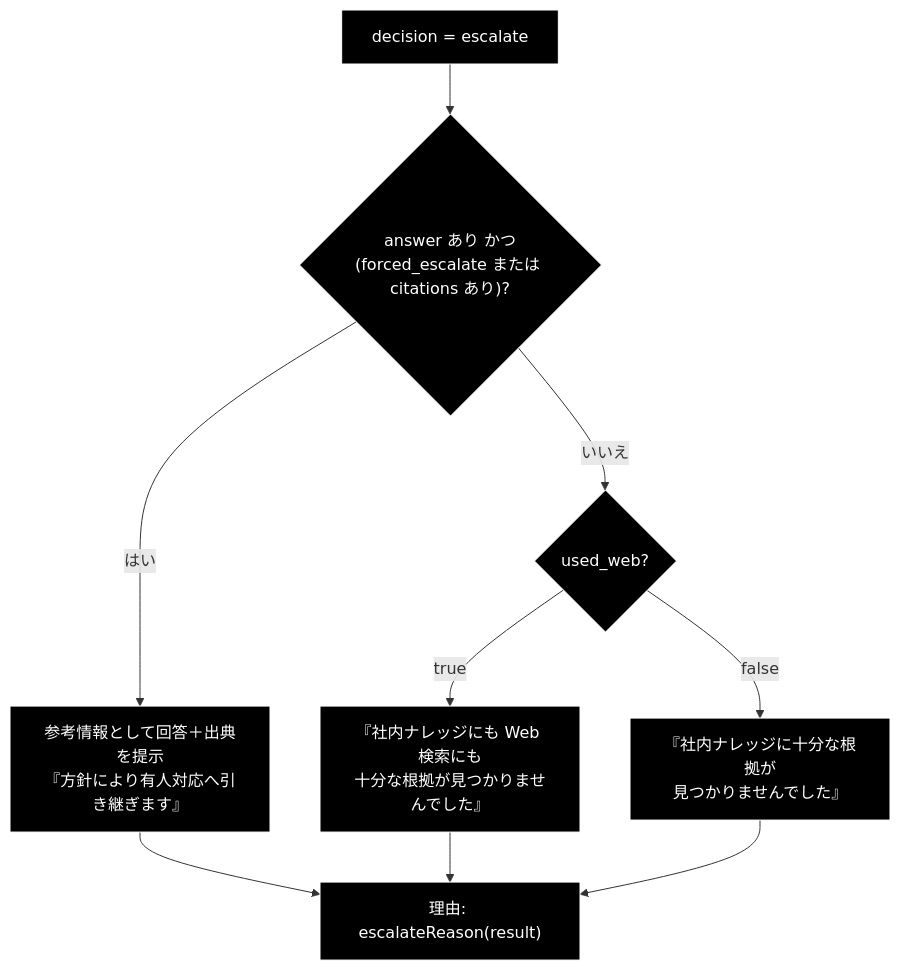
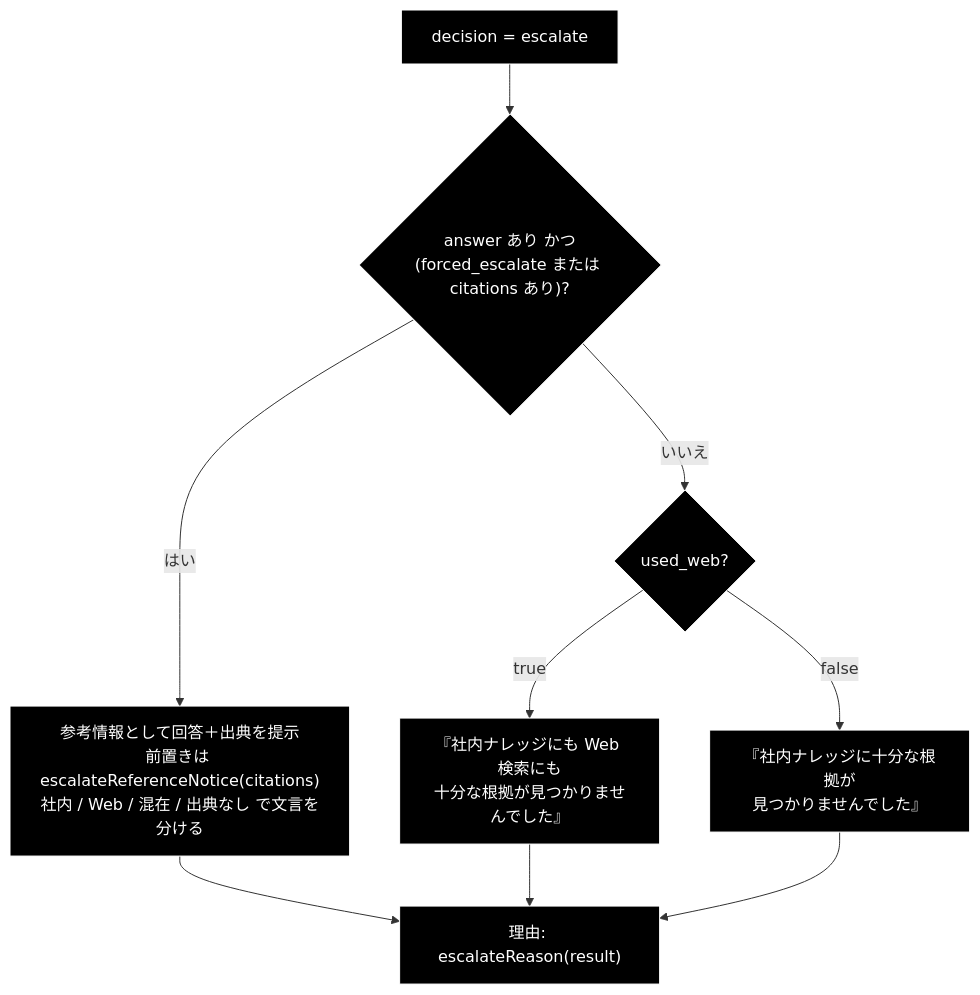
Before and after one commit to nakashima2toshio/grace_v2_local: the second of 4 diagrams in frontend/docs/AnswerCard.md, drawn with Mermaid. The commit also changed other lines of this file and 6 other files, not shown here.

````diff
--- a/frontend/docs/AnswerCard.md
+++ b/frontend/docs/AnswerCard.md
@@ -160,13 +168,13 @@
 ```mermaid
 flowchart TB
     E["decision = escalate"] --> Q1{"answer あり かつ<br>(forced_escalate または citations あり)?"}
-    Q1 -->|"はい"| Ref["参考情報として回答＋出典を提示<br>『方針により有人対応へ引き継ぎます』"]
+    Q1 -->|"はい"| Ref["参考情報として回答＋出典を提示<br>前置きは escalateReferenceNotice(citations)<br>社内 / Web / 混在 / 出典なし で文言を分ける"]
     Q1 -->|"いいえ"| Q2{"used_web?"}
     Q2 -->|"true"| M1["『社内ナレッジにも Web 検索にも<br>十分な根拠が見つかりませんでした』"]
     Q2 -->|"false"| M2["『社内ナレッジに十分な根拠が<br>見つかりませんでした』"]
     Ref --> R["理由: escalateReason(result)"]
     M1 --> R
     M2 --> R
 classDef default fill:#000,stroke:#fff,color:#fff
 class E,Q1,Ref,Q2,M1,M2,R default
 ```
````
